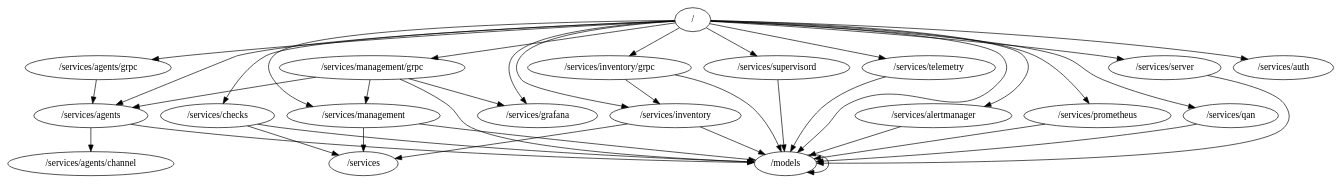
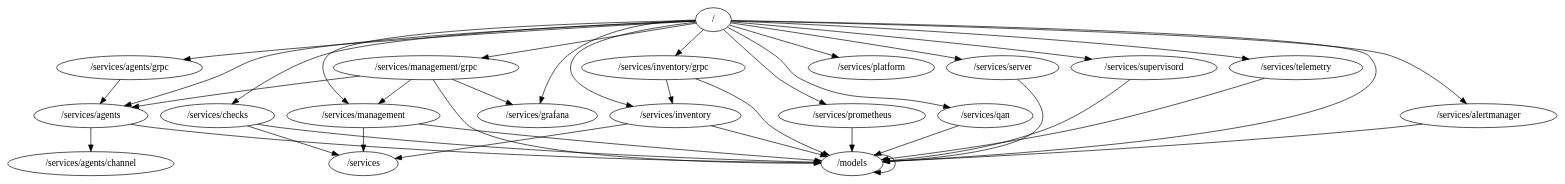
One commit to percona/pmm-managed changed the diagram in packages.dot. Above: the diagram before and after it, drawn with Graphviz. The commit also changed 6 other files, not shown here.

```diff
--- a/packages.dot
+++ b/packages.dot
@@ -1,40 +1,40 @@
 digraph packages {
 	"/" -> "/models";
 	"/" -> "/services/agents";
 	"/" -> "/services/agents/grpc";
 	"/" -> "/services/alertmanager";
-	"/" -> "/services/auth";
 	"/" -> "/services/checks";
 	"/" -> "/services/grafana";
 	"/" -> "/services/inventory";
 	"/" -> "/services/inventory/grpc";
 	"/" -> "/services/management";
 	"/" -> "/services/management/grpc";
+	"/" -> "/services/platform";
 	"/" -> "/services/prometheus";
 	"/" -> "/services/qan";
 	"/" -> "/services/server";
 	"/" -> "/services/supervisord";
 	"/" -> "/services/telemetry";
 	"/models" -> "/models";
 	"/services/agents" -> "/models";
 	"/services/agents" -> "/services/agents/channel";
 	"/services/agents/grpc" -> "/services/agents";
 	"/services/alertmanager" -> "/models";
 	"/services/checks" -> "/models";
 	"/services/checks" -> "/services";
 	"/services/inventory" -> "/models";
 	"/services/inventory" -> "/services";
 	"/services/inventory/grpc" -> "/models";
 	"/services/inventory/grpc" -> "/services/inventory";
 	"/services/management" -> "/models";
 	"/services/management" -> "/services";
 	"/services/management/grpc" -> "/models";
 	"/services/management/grpc" -> "/services/agents";
 	"/services/management/grpc" -> "/services/grafana";
 	"/services/management/grpc" -> "/services/management";
 	"/services/prometheus" -> "/models";
 	"/services/qan" -> "/models";
 	"/services/server" -> "/models";
 	"/services/supervisord" -> "/models";
 	"/services/telemetry" -> "/models";
 }
```
